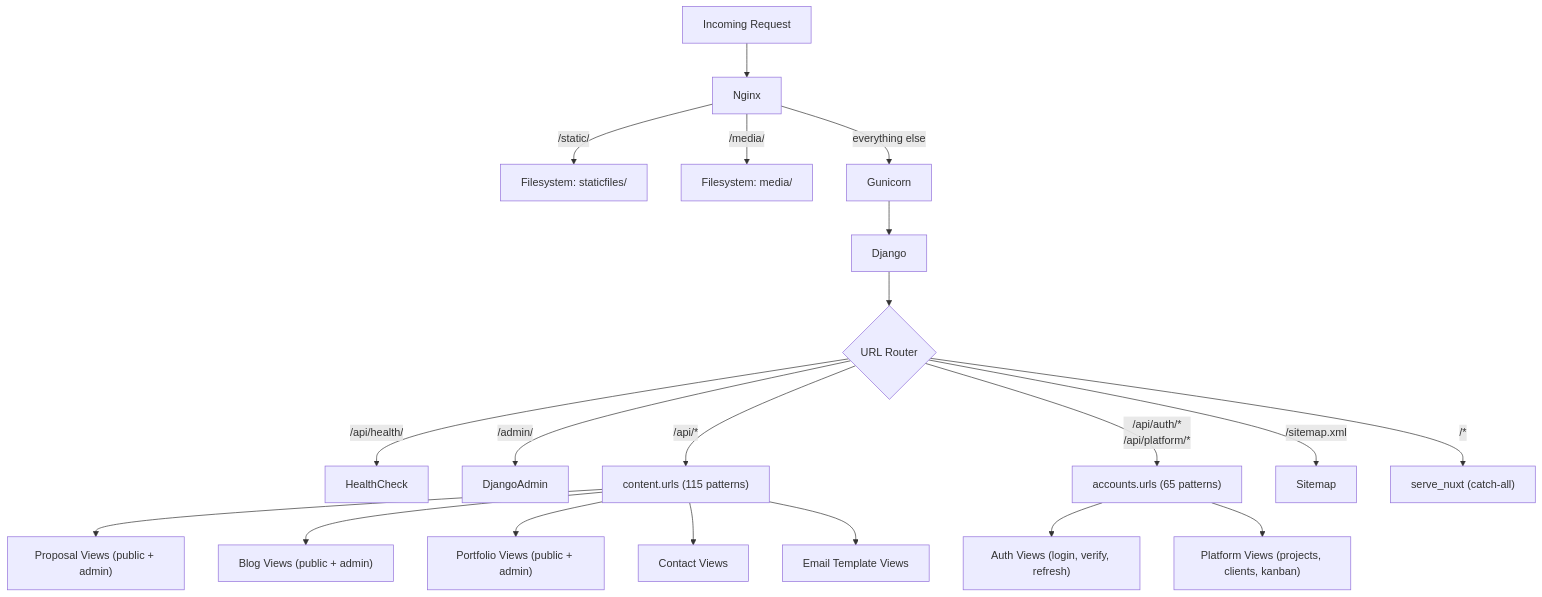
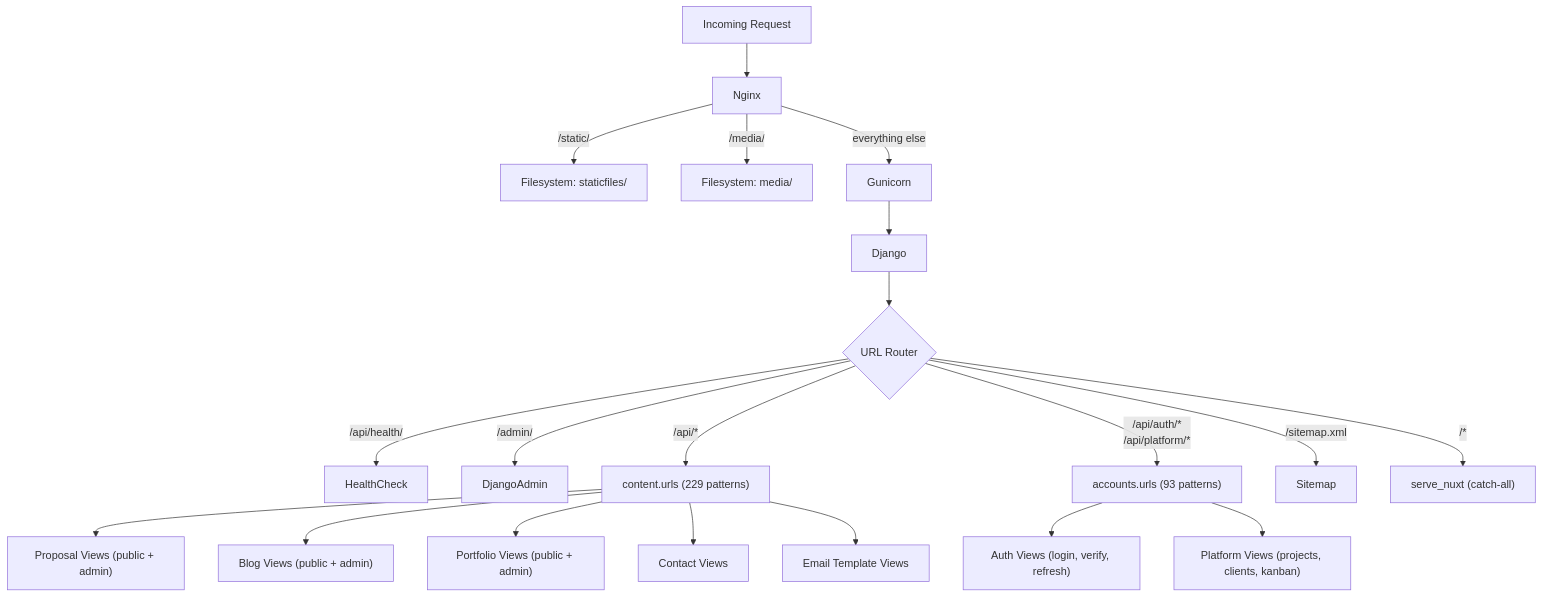
One commit to gustavop-dev/projectapp changed the third of 11 diagrams in docs/methodology/architecture.md. Above: the diagram before and after it, drawn with Mermaid. The commit also changed other lines of this file and 108 other files, not shown here.

````diff
--- a/docs/methodology/architecture.md
+++ b/docs/methodology/architecture.md
@@ -82,28 +82,28 @@
 ```mermaid
 flowchart TD
     Request[Incoming Request] --> Nginx
 
     Nginx -->|/static/| FS1[Filesystem: staticfiles/]
     Nginx -->|/media/| FS2[Filesystem: media/]
     Nginx -->|everything else| Gunicorn
 
     Gunicorn --> Django
     Django --> URLRouter{URL Router}
 
     URLRouter -->|/api/health/| HealthCheck
     URLRouter -->|/admin/| DjangoAdmin
 
-    URLRouter -->|/api/*| ContentURLs["content.urls (115 patterns)"]
-    URLRouter -->|/api/auth/*<br>/api/platform/*| AccountsURLs["accounts.urls (65 patterns)"]
+    URLRouter -->|/api/*| ContentURLs["content.urls (229 patterns)"]
+    URLRouter -->|/api/auth/*<br>/api/platform/*| AccountsURLs["accounts.urls (93 patterns)"]
     URLRouter -->|/sitemap.xml| Sitemap
     URLRouter -->|/*| ServeNuxt["serve_nuxt (catch-all)"]
 
     AccountsURLs --> AuthViews["Auth Views (login, verify, refresh)"]
     AccountsURLs --> PlatformViews["Platform Views (projects, clients, kanban)"]
 
     ContentURLs --> ProposalViews["Proposal Views (public + admin)"]
     ContentURLs --> BlogViews["Blog Views (public + admin)"]
     ContentURLs --> PortfolioViews["Portfolio Views (public + admin)"]
     ContentURLs --> ContactViews["Contact Views"]
     ContentURLs --> EmailTemplateViews["Email Template Views"]
 ```
````
